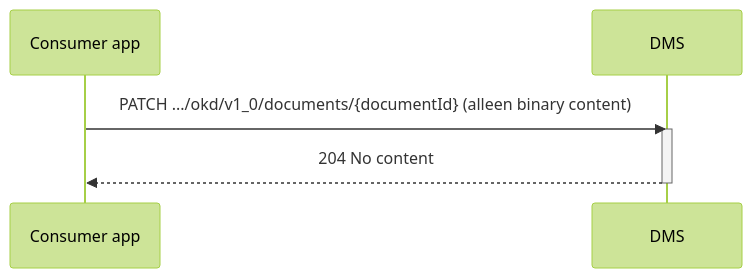
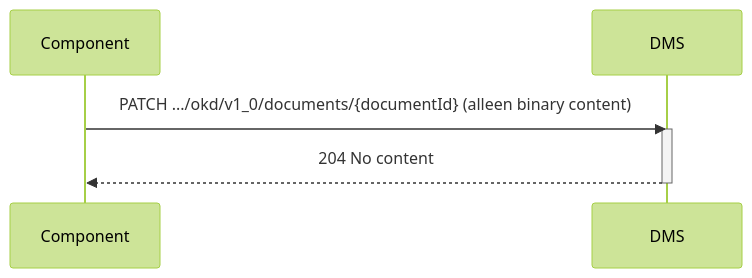
The second of 2 diagrams in doc/flow-y.md (Onderwijs-Koppelingen-OKx/OKD-Document-Management), drawn with Mermaid (forest theme) before and after one commit. The commit also changed other lines of this file and 10 other files, not shown here.

Commit message:
Documentation update, flow details, authentication

````diff
--- a/doc/flow-y.md
+++ b/doc/flow-y.md
@@ -23,9 +44,9 @@
 ```mermaid
 sequenceDiagram
-    participant Consumer app
+    participant Component
     participant DMS
-    Consumer app->>DMS: PATCH .../okd/v1_0/documents/{documentId} (alleen binary content)
+    Component->>DMS: PATCH .../okd/v1_0/documents/{documentId} (alleen binary content)
     activate DMS
-    DMS-->>Consumer app: 204 No content
+    DMS-->>Component: 204 No content
     deactivate DMS
 ```
````
